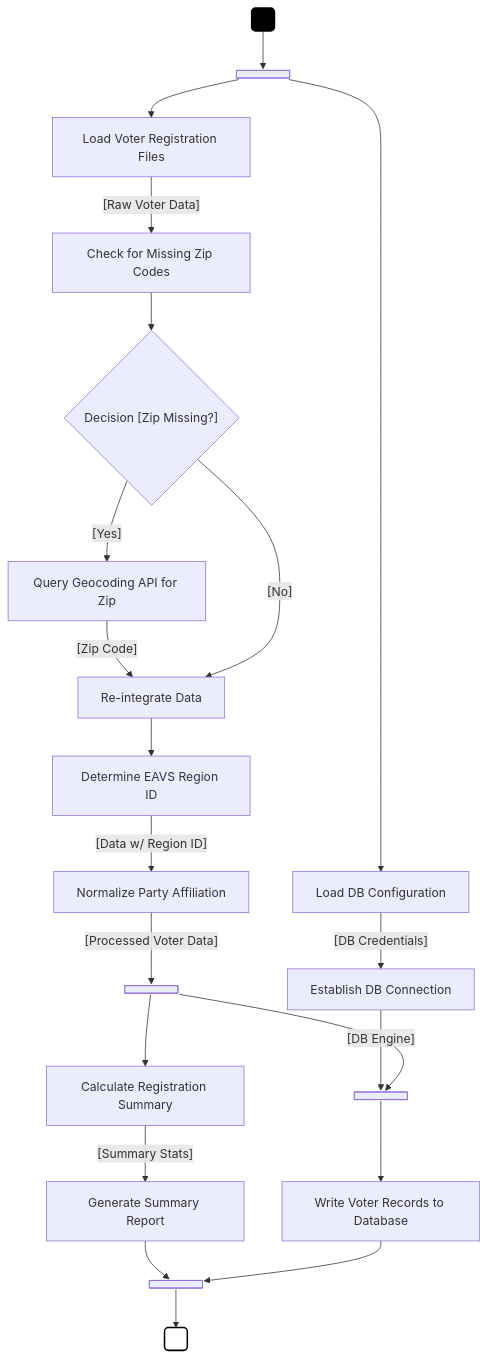
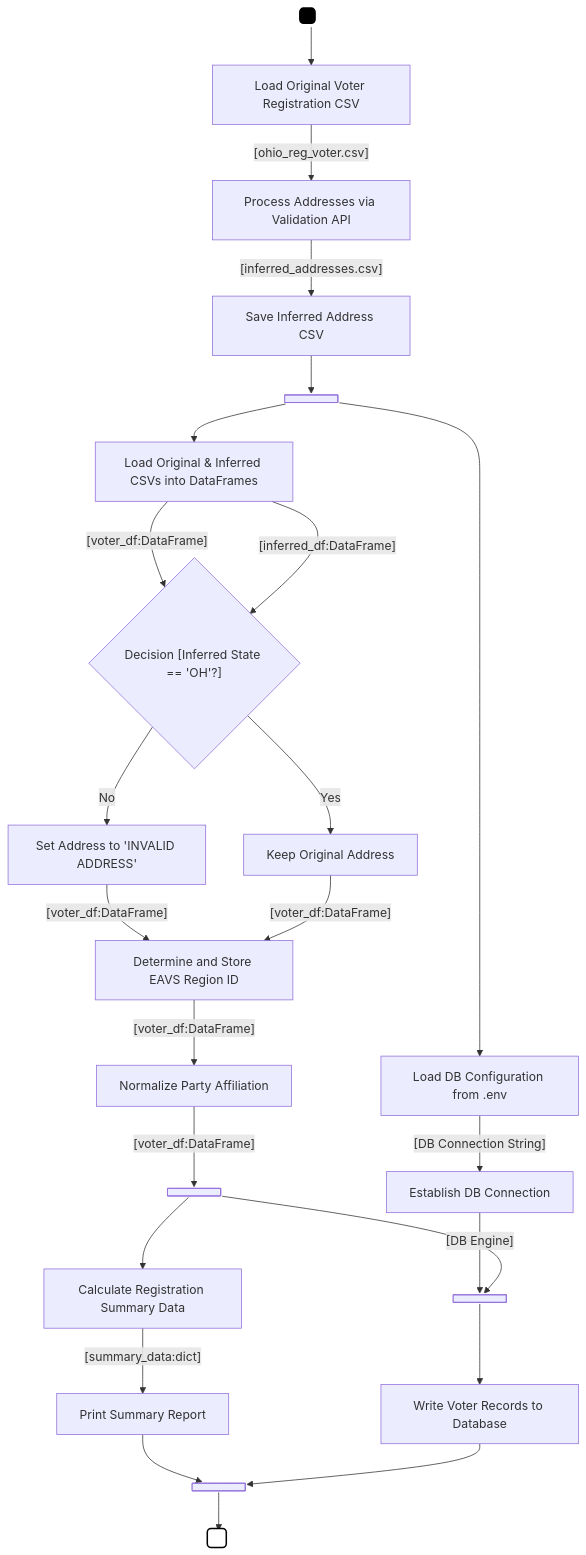
One commit to cse416-the-knicks/voter-analysis-viewer changed the diagram in data_common/scripts/docs/activity-diagrams/prepro7+10.mermaid. Above: the diagram before and after it, drawn with Mermaid. The commit also changed 1 other file, not shown here.

Commit message:
Adding more details to focus on address validation using api

```diff
--- a/data_common/scripts/docs/activity-diagrams/prepro7+10.mermaid
+++ b/data_common/scripts/docs/activity-diagrams/prepro7+10.mermaid
@@ -1,48 +1,57 @@
 graph TD
     Start( )
-    style Start stroke:#000,stroke-width:2px,fill:#000,color:#fff;
+    style Start fill:#000,stroke:#000,stroke-width:2px,width:20px,height:20px,shape:circle
     End( )
-    style End fill:#fff,stroke:#000,stroke-width:2px;
+    style End fill:#fff,stroke:#000,stroke-width:2px,width:25px,height:25px,shape:doublecircle
     fork1@{shape: fork}
     join1@{shape: join}
     fork2@{shape: fork}
     join2@{shape: join}
 
     %% Flow
-    Start --> fork1
+    
+    %% API Process to create the inferred CSV
+    Start --> A[Load Original Voter Registration CSV]
+    A -- "[ohio_reg_voter.csv]" --> B[Process Addresses via Validation API]
+    B -- "[inferred_addresses.csv]" --> C[Save Inferred Address CSV]
+    
+    %% Main script logic
+    C --> fork1
 
     %% Branch 1: Database Preparation
-    fork1 --> A[Load DB Configuration]
-    A -- "[DB Credentials]" --> B[Establish DB Connection]
+    fork1 --> D[Load DB Configuration from .env]
+    D -- "[DB Connection String]" --> E[Establish DB Connection]
     
     %% Branch 2: Main Data Processing
-    fork1 --> C[Load Voter Registration Files]
-    C -- "[Raw Voter Data]" --> D[Check for Missing Zip Codes]
+    fork1 --> F[Load Original & Inferred CSVs into DataFrames]
     
-    %% Data Completeness Check
-    D --> E{"Decision [Zip Missing?]"}
-    E -- "[Yes]" --> F[Query Geocoding API for Zip]
-    F -- "[Zip Code]" --> G[Re-integrate Data]
-    E -- "[No]" --> G
+    %% Deciding to keep or reject address
+    F -- "[voter_df:DataFrame]" --> G{"Decision [Inferred State == 'OH'?]"}
+    F -- "[inferred_df:DataFrame]" --> G{"Decision [Inferred State == 'OH'?]"}
+    G -- "No" --> H[Set Address to 'INVALID ADDRESS']
+    G -- "Yes" --> I[Keep Original Address]
+    
+    %% Rejoin flow: Both paths continue to EAVS determination
+    H -- "[voter_df:DataFrame]" --> J[Determine and Store EAVS Region ID]
+    I -- "[voter_df:DataFrame]" --> J[Determine and Store EAVS Region ID]
     
     %% Main processing steps
-    G --> H[Determine EAVS Region ID]
-    H -- "[Data w/ Region ID]" --> I[Normalize Party Affiliation]
+    J -- "[voter_df:DataFrame]" --> K[Normalize Party Affiliation]
     
-    %% Fork for printing summary data as in prepro 7 and putting data in db
-    I -- "[Processed Voter Data]" --> fork2
+    %% Fork for printing summary data and putting data in db
+    K -- "[voter_df:DataFrame]" --> fork2
 
     %% Use Case 7: Generate Summary Report
-    fork2 --> J[Calculate Registration Summary]
-    J -- "[Summary Stats]" --> K[Generate Summary Report]
+    fork2 --> L[Calculate Registration Summary Data]
+    L -- "[summary_data:dict]" --> M[Print Summary Report]
     
     %% Writing data to db
-    B -- "[DB Engine]" --> join1
+    E -- "[DB Engine]" --> join1
     fork2 --> join1
     
-    join1 --> L[Write Voter Records to Database]
+    join1 --> N[Write Voter Records to Database]
 
     %% Final join
-    K --> join2
-    L --> join2
+    M --> join2
+    N --> join2
     join2 --> End
```
